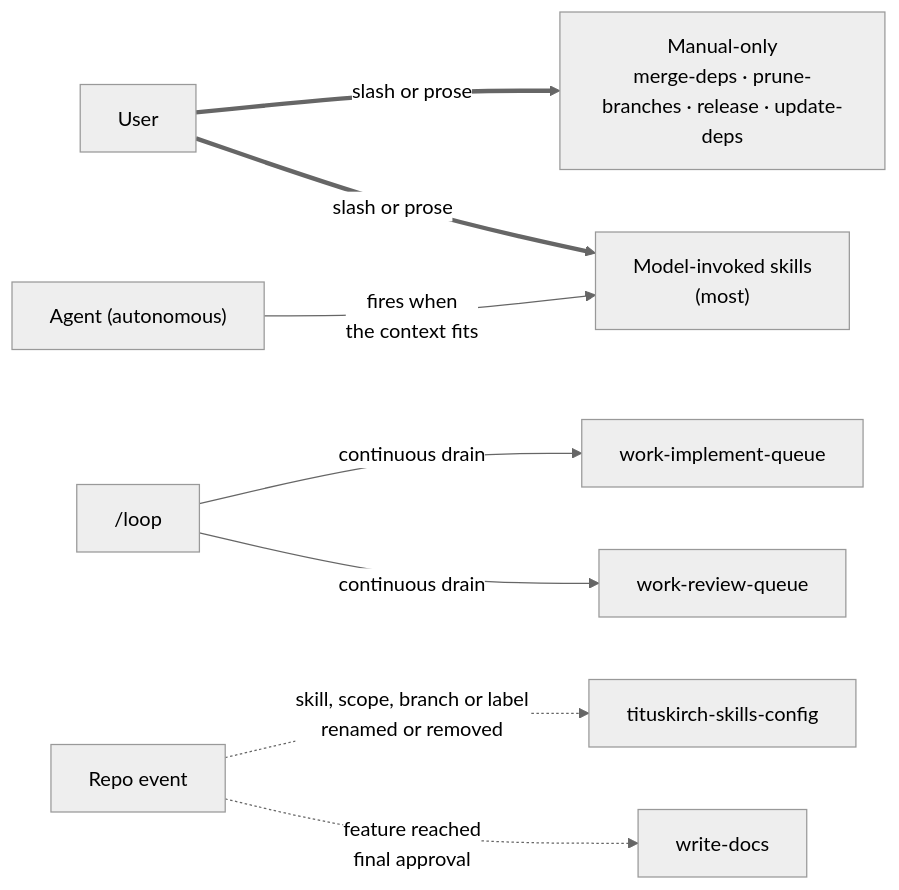
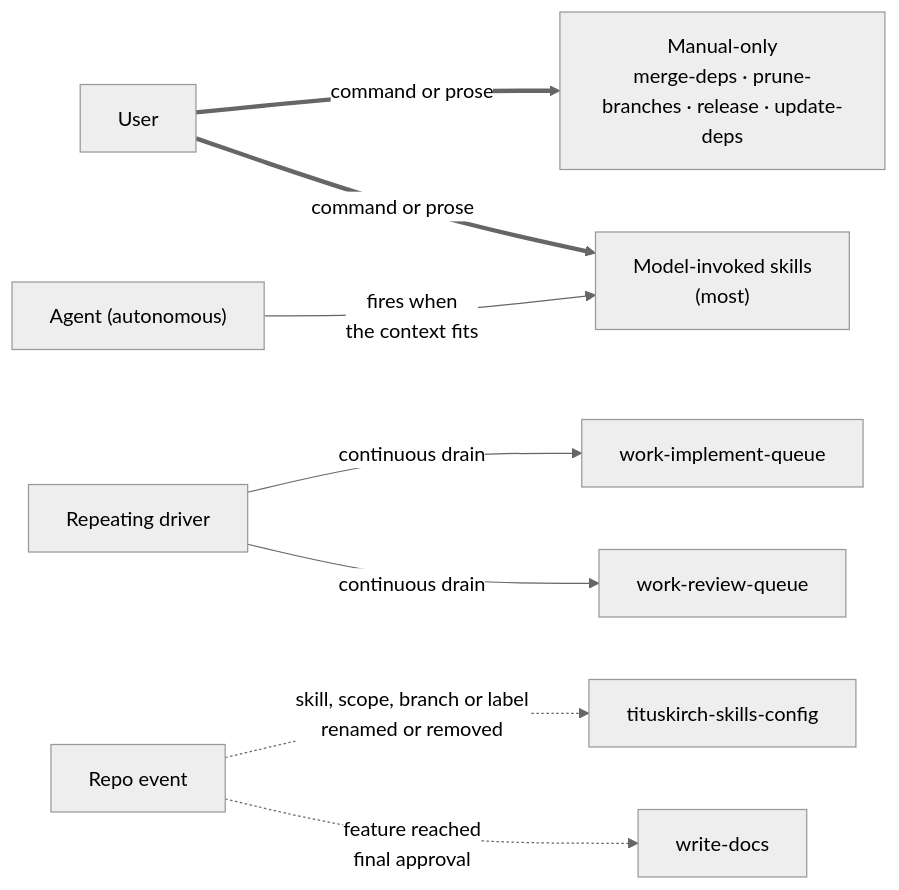
One commit to TitusKirch/skills changed the first of 3 diagrams in docs/1.concepts/1.skill-interplay.md. Above: the diagram before and after it, drawn with Mermaid (neutral theme). The commit also changed other lines of this file and 16 other files, not shown here.

````diff
--- a/docs/1.concepts/1.skill-interplay.md
+++ b/docs/1.concepts/1.skill-interplay.md
@@ -25,22 +25,22 @@
 ```mermaid
 flowchart LR
   U["User"]
   AG["Agent (autonomous)"]
-  LOOP["/loop"]
+  LOOP["Repeating driver"]
   EV["Repo event"]
 
   MO["Manual-only<br/>merge-deps · prune-branches · release · update-deps"]
   MI["Model-invoked skills<br/>(most)"]
   WIQ["work-implement-queue"]
   WRQ["work-review-queue"]
   CFG["tituskirch-skills-config"]
   WD["write-docs"]
 
-  U ==>|"slash or prose"| MO
-  U ==>|"slash or prose"| MI
+  U ==>|"command or prose"| MO
+  U ==>|"command or prose"| MI
   AG -->|"fires when<br/>the context fits"| MI
   LOOP -->|"continuous drain"| WIQ
   LOOP -->|"continuous drain"| WRQ
   EV -.->|"skill, scope, branch or label<br/>renamed or removed"| CFG
   EV -.->|"feature reached<br/>final approval"| WD
 ```
````
